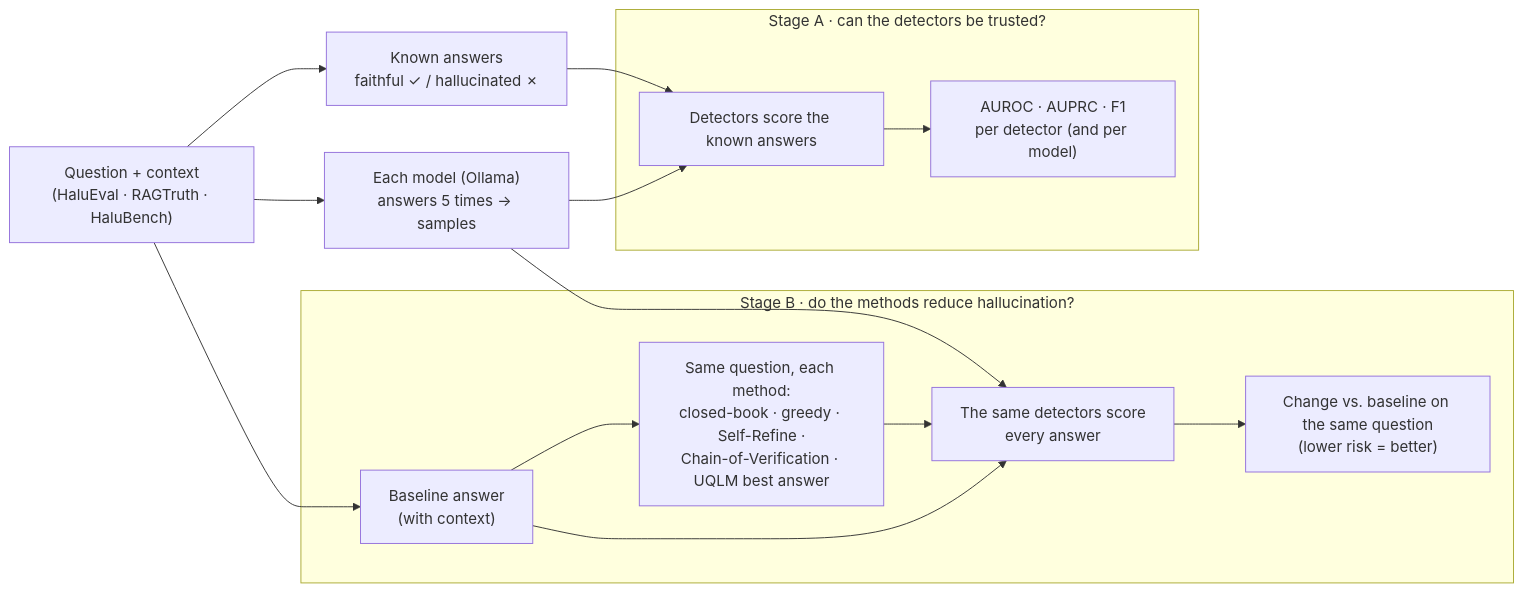
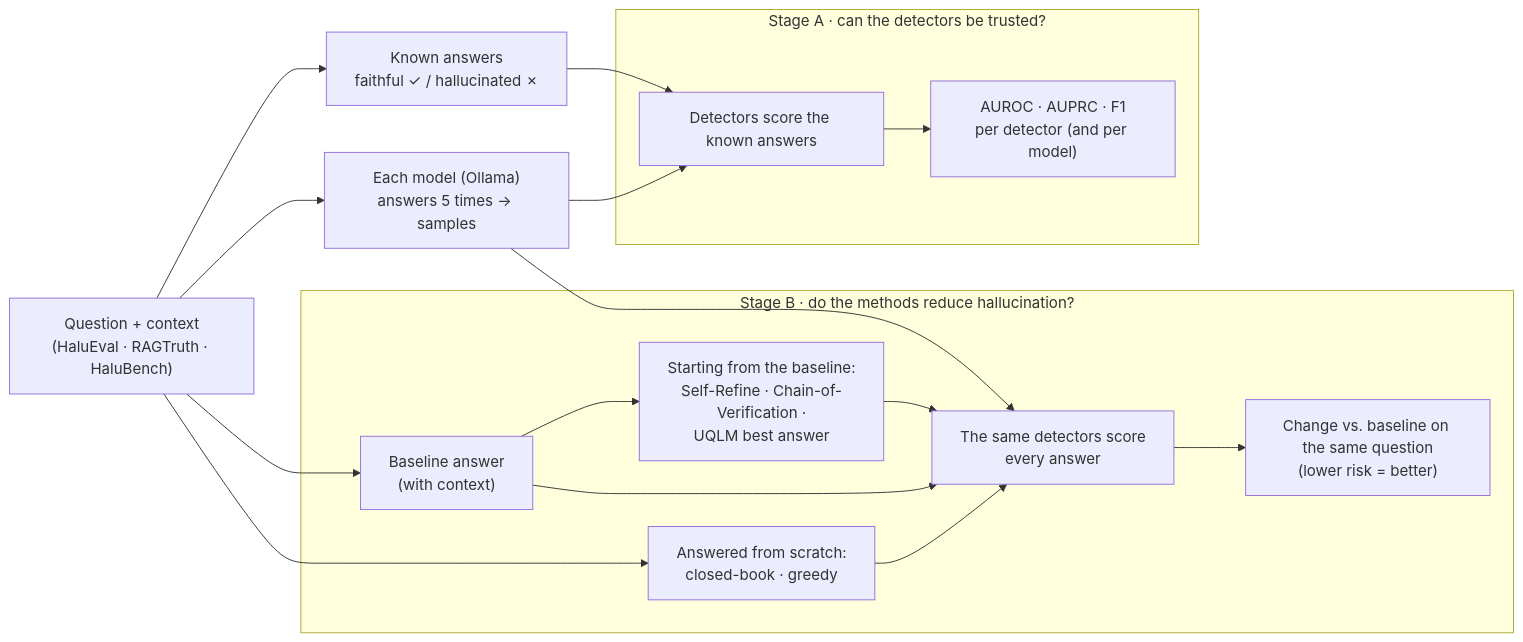
Before and after one commit to DharambirAgrawal/LLM-hallucination-Research: the second of 3 diagrams in README.md, drawn with Mermaid. The commit also changed other lines of this file and 18 other files, not shown here.

````diff
--- a/README.md
+++ b/README.md
@@ -52,26 +52,30 @@
 ```mermaid
 flowchart LR
     q["Question + context<br/>(HaluEval · RAGTruth · HaluBench)"]
     lab["Known answers<br/>faithful ✓ / hallucinated ✗"]
     gen["Each model (Ollama)<br/>answers 5 times → samples"]
 
     subgraph A["Stage A · can the detectors be trusted?"]
         det1["Detectors score the known answers"]
         met["AUROC · AUPRC · F1<br/>per detector (and per model)"]
         det1 --> met
     end
 
     subgraph B["Stage B · do the methods reduce hallucination?"]
         base["Baseline answer<br/>(with context)"]
-        meth["Same question, each method:<br/>closed-book · greedy · Self-Refine ·<br/>Chain-of-Verification · UQLM best answer"]
+        own["Answered from scratch:<br/>closed-book · greedy"]
+        fix["Starting from the baseline:<br/>Self-Refine · Chain-of-Verification ·<br/>UQLM best answer"]
         det2["The same detectors score<br/>every answer"]
         delta["Change vs. baseline on the same question<br/>(lower risk = better)"]
-        base --> meth --> det2 --> delta
+        base --> fix --> det2
+        own --> det2
         base --> det2
+        det2 --> delta
     end
 
     q --> lab --> det1
     q --> gen --> det1
     gen --> det2
     q --> base
+    q --> own
 ```
````
